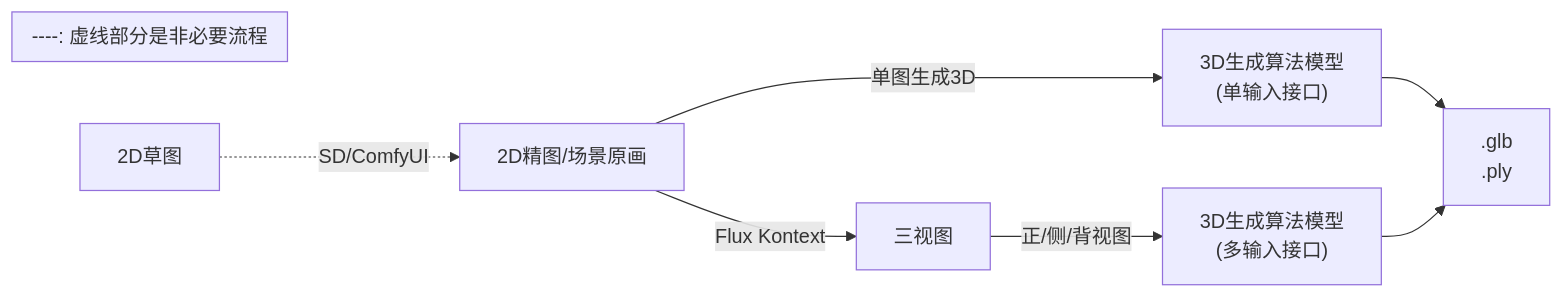
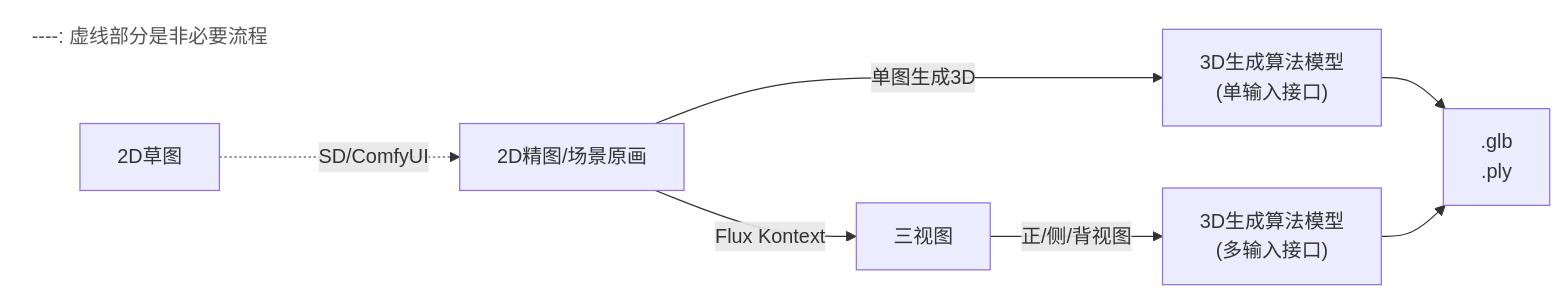
The diagram in all/未命名-7.md (zade23/iodraw-files), drawn with Mermaid before and after one commit.

Commit message:
2025-07-17 20:03:56 update

````diff
--- a/all/未命名-7.md
+++ b/all/未命名-7.md
@@ -1,17 +1,19 @@
 ```mermaid
 graph LR
     subgraph Legend ["----: 虚线部分是非必要流程"]
         direction LR
     end
 
     A[2D草图] -.->|SD/ComfyUI| B[2D精图/场景原画]
     
     B -->|单图生成3D| D["3D生成算法模型<br/>(单输入接口)"]
     D --> F[".glb<br/>.ply"]
     
     B -->|Flux Kontext| C[三视图]
     
     C -->|正/侧/背视图| E["3D生成算法模型<br/>(多输入接口)"]
 
     E --> F
+
+    style Legend fill:#fff,stroke:#fff,stroke-width:0px,color:#555
 ```
````
